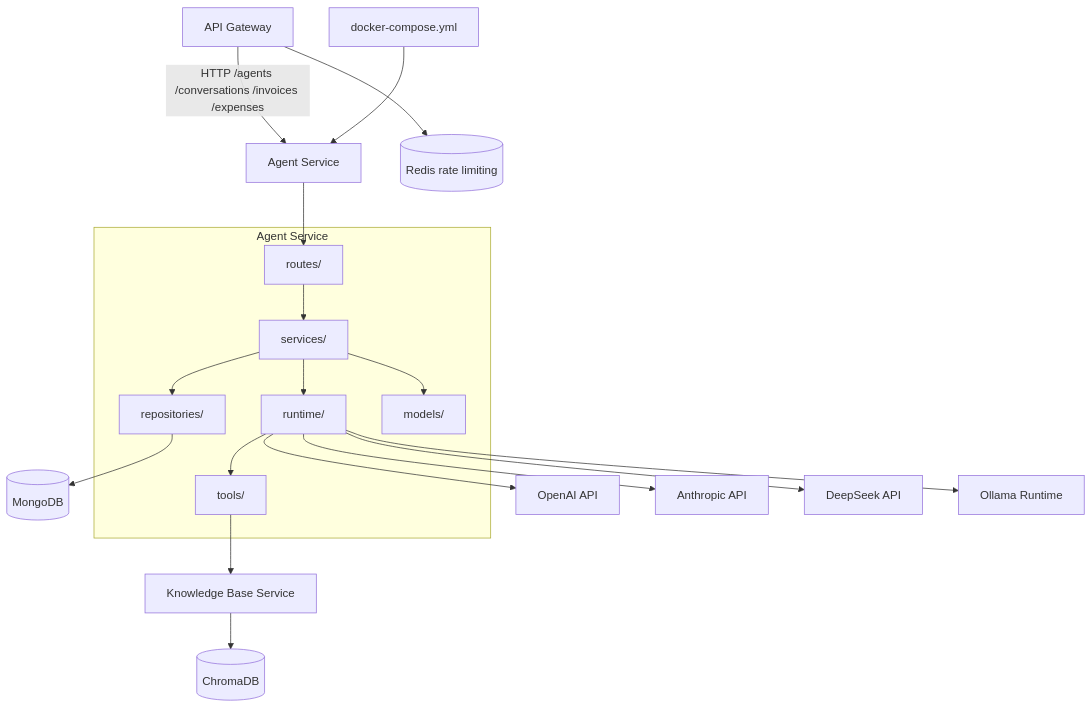
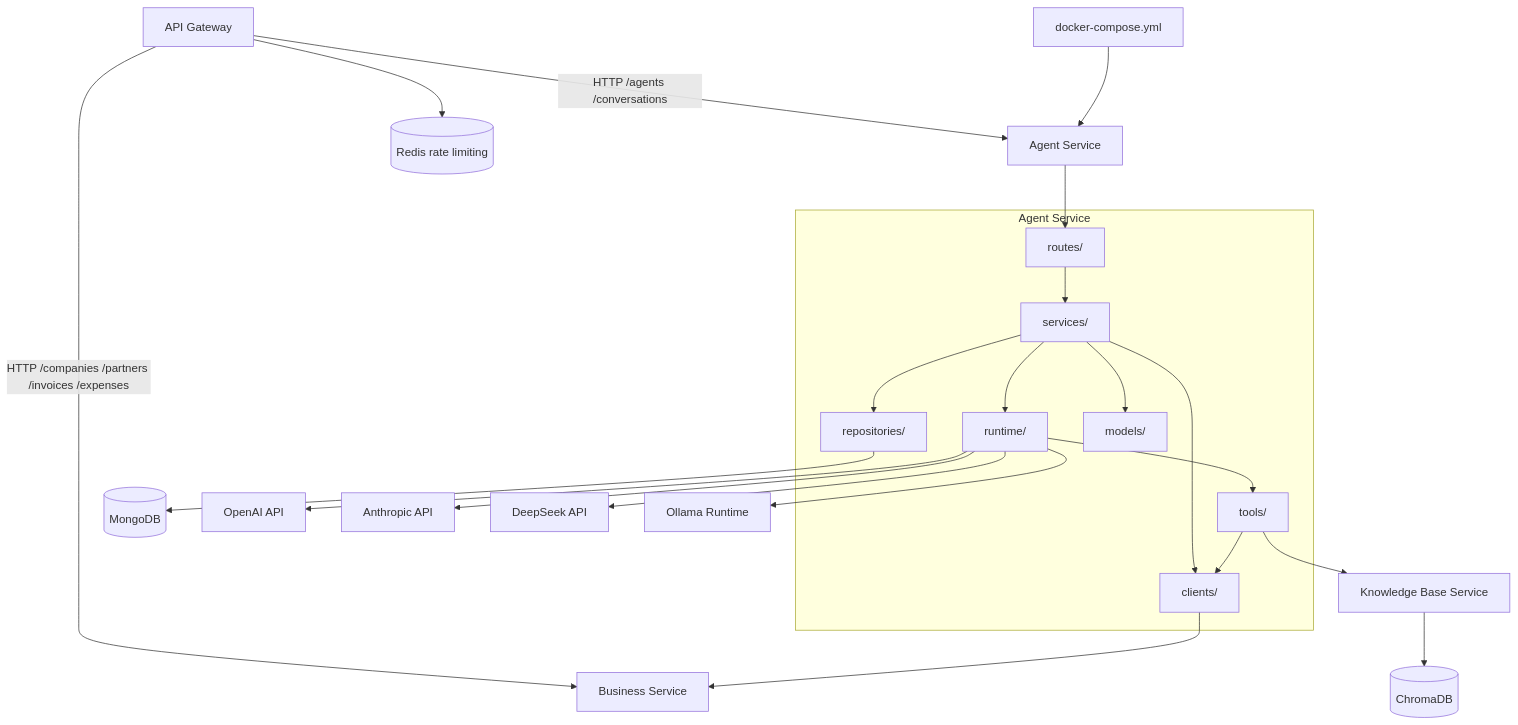
Before and after one commit to valiobar/agents: the diagram in docs/services/agent/dependency-graph.md, drawn with Mermaid. The commit also changed other lines of this file and 85 other files, not shown here.

First line of the commit message:
Add Business Service integration

````diff
--- a/docs/services/agent/dependency-graph.md
+++ b/docs/services/agent/dependency-graph.md
@@ -5,29 +5,34 @@
 ```mermaid
 graph TD
-    Gateway["API Gateway"] -->|"HTTP /agents /conversations /invoices /expenses"| Agent["Agent Service"]
+    Gateway["API Gateway"] -->|"HTTP /agents /conversations"| Agent["Agent Service"]
+    Gateway -->|"HTTP /companies /partners /invoices /expenses"| Business["Business Service"]
 
     subgraph internal ["Agent Service"]
         Routes["routes/"]
         Services["services/"]
         Repos["repositories/"]
         Runtime["runtime/"]
         Tools["tools/"]
+        Clients["clients/"]
         Models["models/"]
     end
 
     Compose["docker-compose.yml"] --> Agent
     Agent --> Routes
     Routes --> Services
     Services --> Repos
     Services --> Runtime
     Runtime --> Tools
+    Services --> Clients
+    Tools --> Clients
     Services --> Models
     Repos --> Mongo[("MongoDB")]
+    Clients --> Business
     Tools --> Knowledge["Knowledge Base Service"]
     Runtime --> OpenAI["OpenAI API"]
     Runtime --> Anthropic["Anthropic API"]
     Runtime --> DeepSeek["DeepSeek API"]
     Runtime --> Ollama["Ollama Runtime"]
     Knowledge --> Chroma[("ChromaDB")]
     Gateway --> Redis[("Redis rate limiting")]
 ```
````
